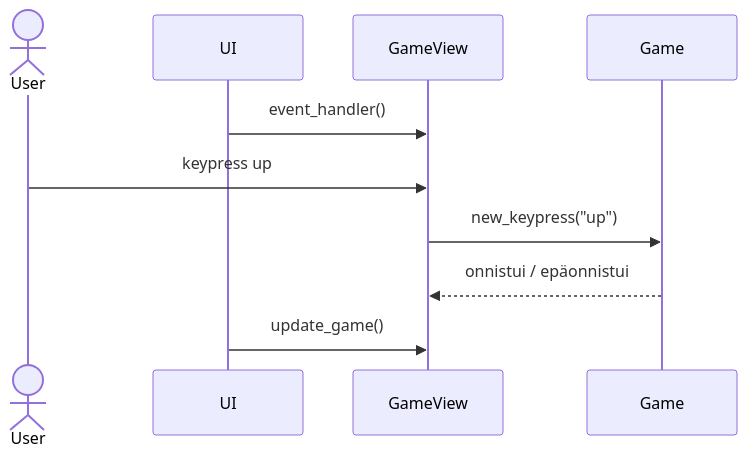
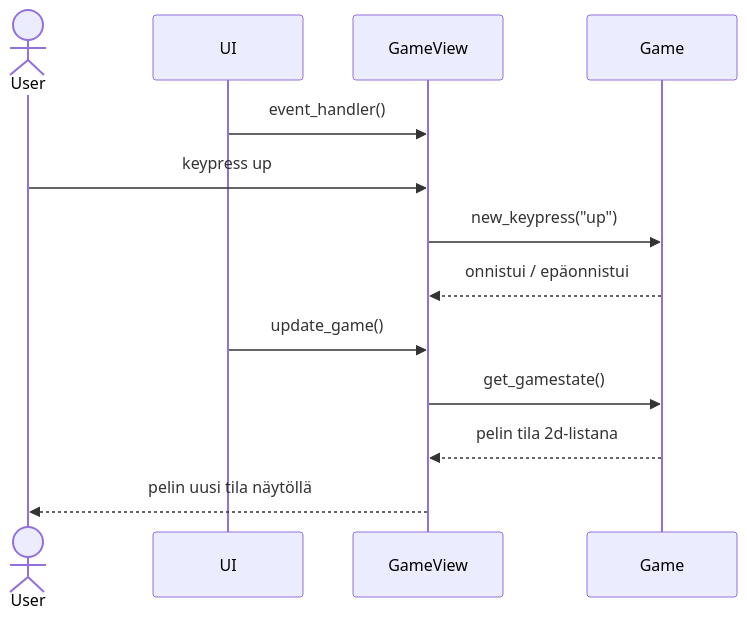
The second of 3 diagrams in dokumentaatio/arkkitehtuuri.md (pavezzo/ot-harjoitustyo), drawn with Mermaid before and after one commit. The commit also changed other lines of this file and 7 other files, not shown here.

````diff
--- a/dokumentaatio/arkkitehtuuri.md
+++ b/dokumentaatio/arkkitehtuuri.md
@@ -29,12 +29,15 @@
 ```mermaid
 sequenceDiagram
       actor User
       participant UI
       participant GameView
       participant Game
       UI ->> GameView: event_handler()
       User ->> GameView: keypress up
       GameView ->> Game: new_keypress("up")
       Game -->> GameView: onnistui / epäonnistui
       UI ->> GameView: update_game()
+      GameView ->> Game: get_gamestate()
+      Game -->> GameView: pelin tila 2d-listana
+      GameView -->> User: pelin uusi tila näytöllä
 ```
````
